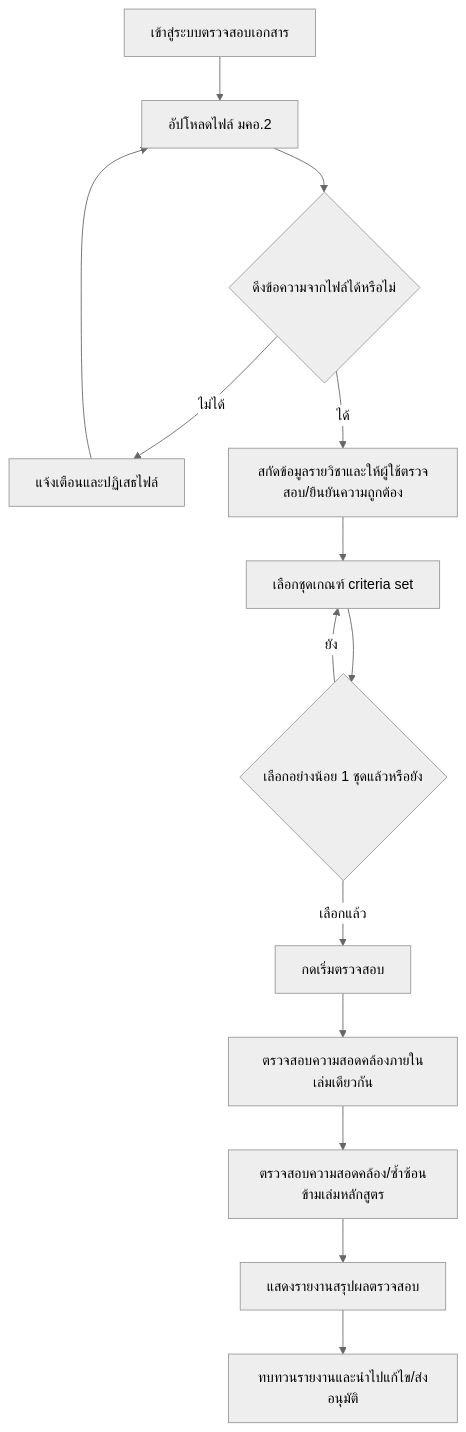
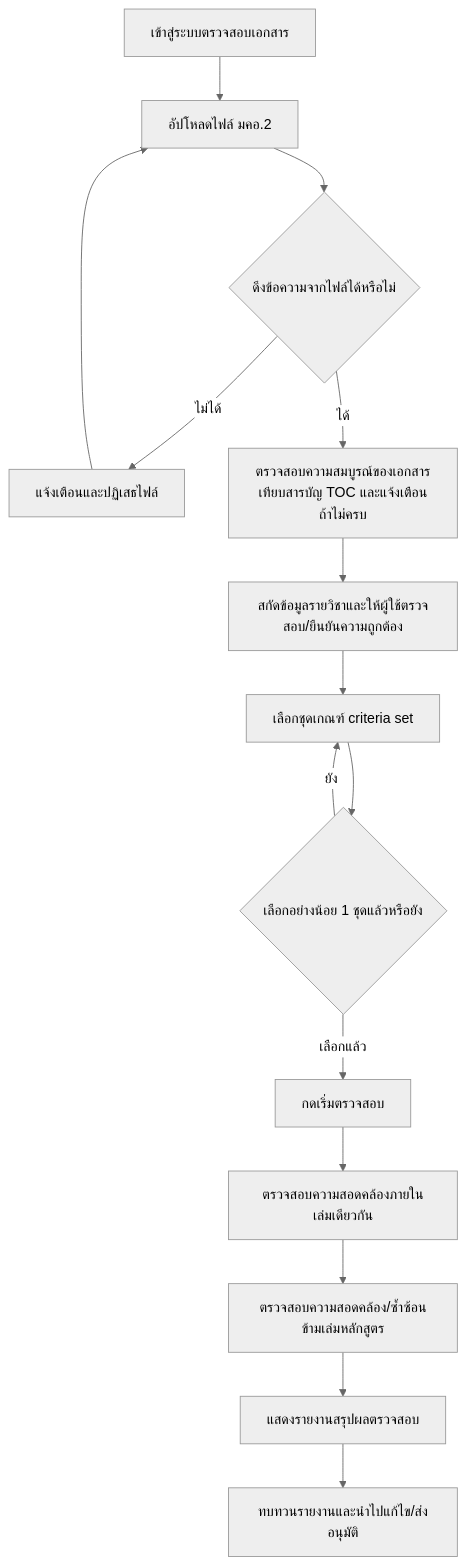
Before and after one commit to patcharapolpon-ux/Cur-Mate: the diagram in docs/02-design/01-prototypes/20260823-01-user-journey-course-coordinator-upload.md, drawn with Mermaid (neutral theme). The commit also changed other lines of this file and 8 other files, not shown here.

````diff
--- a/docs/02-design/01-prototypes/20260823-01-user-journey-course-coordinator-upload.md
+++ b/docs/02-design/01-prototypes/20260823-01-user-journey-course-coordinator-upload.md
@@ -19,16 +19,17 @@
 ```mermaid
 flowchart TD
     A[เข้าสู่ระบบตรวจสอบเอกสาร] --> B[อัปโหลดไฟล์ มคอ.2]
     B --> C{ดึงข้อความจากไฟล์ได้หรือไม่}
     C -->|ไม่ได้| D[แจ้งเตือนและปฏิเสธไฟล์]
     D --> B
-    C -->|ได้| E2[สกัดข้อมูลรายวิชาและให้ผู้ใช้ตรวจสอบ/ยืนยันความถูกต้อง]
+    C -->|ได้| E0[ตรวจสอบความสมบูรณ์ของเอกสารเทียบสารบัญ TOC และแจ้งเตือนถ้าไม่ครบ]
+    E0 --> E2[สกัดข้อมูลรายวิชาและให้ผู้ใช้ตรวจสอบ/ยืนยันความถูกต้อง]
     E2 --> E[เลือกชุดเกณฑ์ criteria set]
     E --> F{เลือกอย่างน้อย 1 ชุดแล้วหรือยัง}
     F -->|ยัง| E
     F -->|เลือกแล้ว| G[กดเริ่มตรวจสอบ]
     G --> H[ตรวจสอบความสอดคล้องภายในเล่มเดียวกัน]
     H --> I[ตรวจสอบความสอดคล้อง/ซ้ำซ้อนข้ามเล่มหลักสูตร]
     I --> J[แสดงรายงานสรุปผลตรวจสอบ]
     J --> K[ทบทวนรายงานและนำไปแก้ไข/ส่งอนุมัติ]
 ```
````
